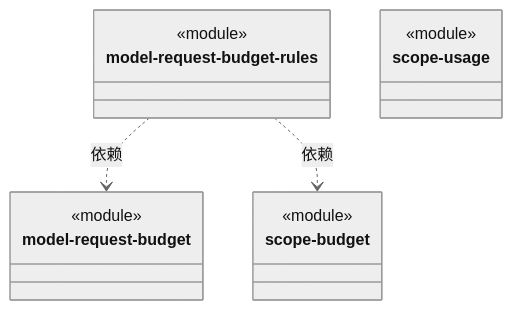
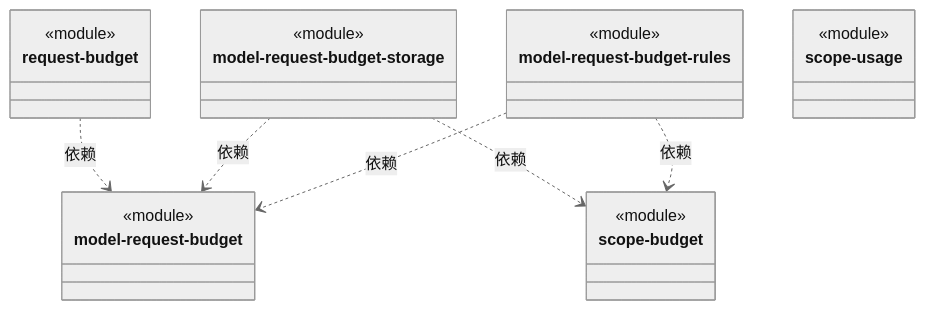
One commit to nan023062/cbim changed the diagram in src/logic/budget/rules/ARCHITECTURE.md. Above: the diagram before and after it, drawn with Mermaid (neutral theme). The commit also changed other lines of this file and 136 other files, not shown here.

````diff
--- a/src/logic/budget/rules/ARCHITECTURE.md
+++ b/src/logic/budget/rules/ARCHITECTURE.md
@@ -22,21 +26,32 @@
 ```mermaid
 classDiagram
+class N_6724c35a12d1["model-request-budget"] {
+  <<module>>
+}
+click N_6724c35a12d1 href "model-request-budget.ts"
 class N_7c32254b75a2["model-request-budget-rules"] {
   <<module>>
 }
 click N_7c32254b75a2 href "model-request-budget-rules.ts"
-class N_6724c35a12d1["model-request-budget"] {
+class N_6ba3de33dca5["model-request-budget-storage"] {
   <<module>>
 }
-click N_6724c35a12d1 href "model-request-budget.ts"
+click N_6ba3de33dca5 href "model-request-budget-storage.ts"
+class N_5979580c431f["request-budget"] {
+  <<module>>
+}
+click N_5979580c431f href "request-budget.ts"
 class N_0cd76f2ff49d["scope-budget"] {
   <<module>>
 }
 click N_0cd76f2ff49d href "scope-budget.ts"
 class N_7304a3a9fb46["scope-usage"] {
   <<module>>
 }
 click N_7304a3a9fb46 href "scope-usage.ts"
 N_7c32254b75a2 ..> N_6724c35a12d1 : 依赖
 N_7c32254b75a2 ..> N_0cd76f2ff49d : 依赖
+N_6ba3de33dca5 ..> N_6724c35a12d1 : 依赖
+N_6ba3de33dca5 ..> N_0cd76f2ff49d : 依赖
+N_5979580c431f ..> N_6724c35a12d1 : 依赖
 ```
````
